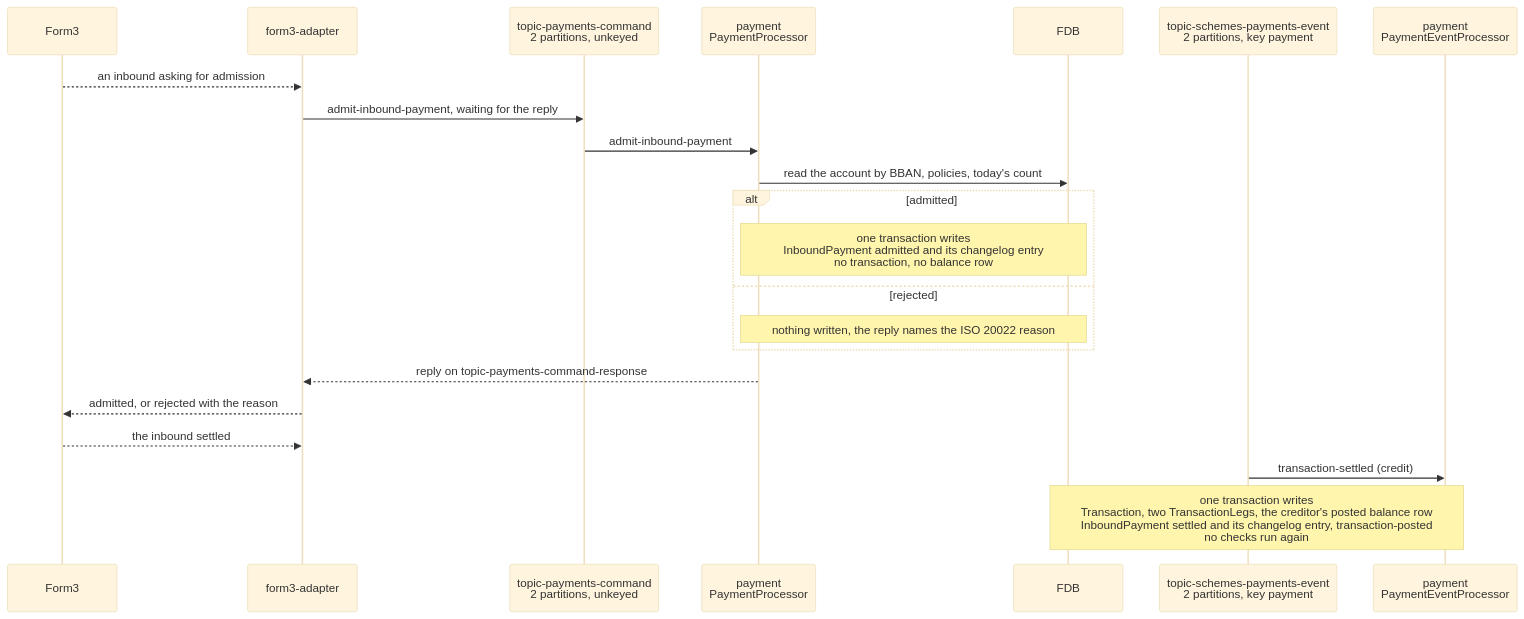
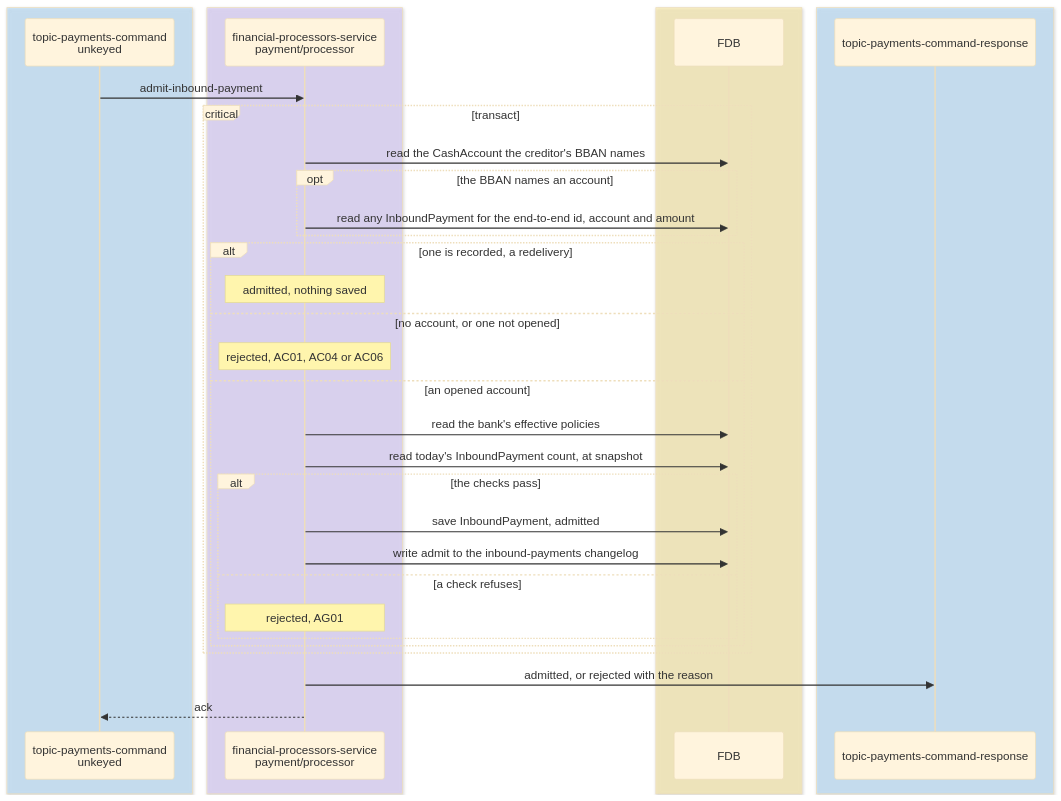
The tenth of 15 diagrams in docs/tdd/payments-inbound.md (repldriven/queenswood), drawn with Mermaid (base theme) before and after one commit. The commit also changed other lines of this file and 3 other files, not shown here.

````diff
--- a/docs/tdd/payments-inbound.md
+++ b/docs/tdd/payments-inbound.md
@@ -162,24 +489,38 @@
 ```mermaid
 sequenceDiagram
-    participant PR as Form3
-    participant AD as form3-adapter
-    participant PC as topic-payments-command<br/>2 partitions, unkeyed
-    participant PP as payment<br/>PaymentProcessor
+    box rgba(165, 216, 255, 0.45)
+    participant PC as topic-payments-command<br/>unkeyed
+    end
+    box rgba(208, 191, 255, 0.45)
+    participant PP as financial-processors-service<br/>payment/processor
+    end
+    box rgba(255, 236, 153, 0.5)
     participant DB as FDB
-    participant SE as topic-schemes-payments-event<br/>2 partitions, key payment
-    participant PE as payment<br/>PaymentEventProcessor
-    PR-->>AD: an inbound asking for admission
-    AD->>PC: admit-inbound-payment, waiting for the reply
+    end
+    box rgba(165, 216, 255, 0.45)
+    participant PS as topic-payments-command-response
+    end
     PC->>PP: admit-inbound-payment
-    PP->>DB: read the account by BBAN, policies, today's count
-    alt admitted
-        Note over PP,DB: one transaction writes<br/>InboundPayment admitted and its changelog entry<br/>no transaction, no balance row
-    else rejected
-        Note over PP,DB: nothing written, the reply names the ISO 20022 reason
+    critical transact
+    PP->>DB: read the CashAccount the creditor's BBAN names
+    opt the BBAN names an account
+    PP->>DB: read any InboundPayment for the end-to-end id, account and amount
     end
-    PP-->>AD: reply on topic-payments-command-response
-    AD-->>PR: admitted, or rejected with the reason
-    PR-->>AD: the inbound settled
-    SE->>PE: transaction-settled (credit)
-    Note over PE,DB: one transaction writes<br/>Transaction, two TransactionLegs, the creditor's posted balance row<br/>InboundPayment settled and its changelog entry, transaction-posted<br/>no checks run again
+    alt one is recorded, a redelivery
+    Note over PP: admitted, nothing saved
+    else no account, or one not opened
+    Note over PP: rejected, AC01, AC04 or AC06
+    else an opened account
+    PP->>DB: read the bank's effective policies
+    PP->>DB: read today's InboundPayment count, at snapshot
+    alt the checks pass
+    PP->>DB: save InboundPayment, admitted
+    PP->>DB: write admit to the inbound-payments changelog
+    else a check refuses
+    Note over PP: rejected, AG01
+    end
+    end
+    end
+    PP->>PS: admitted, or rejected with the reason
+    PP-->>PC: ack
 ```
````
